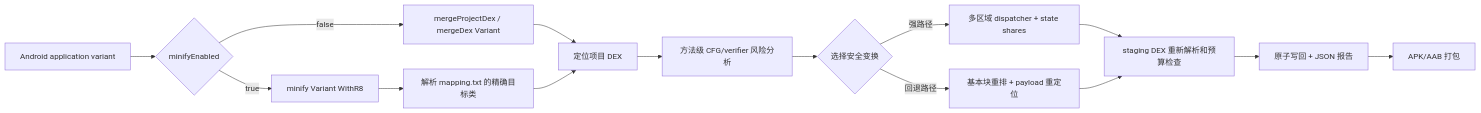
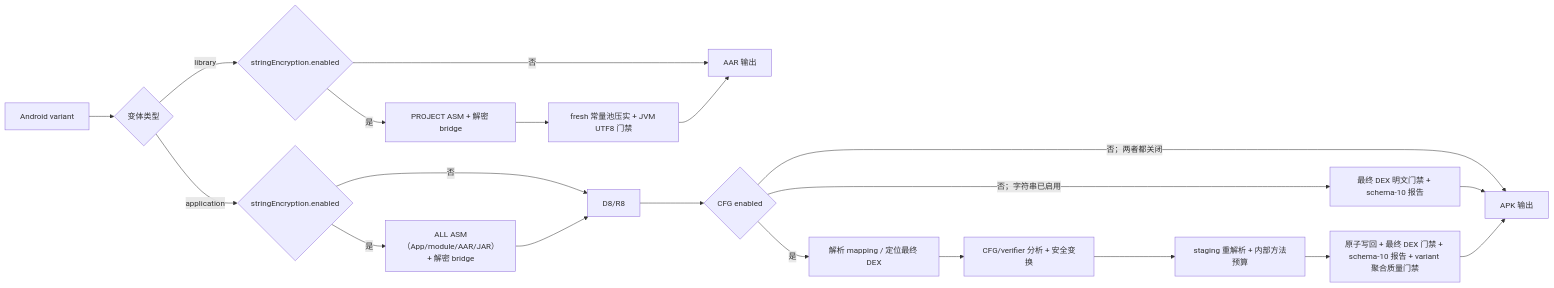
Before and after one commit to w296488320/DexCfgObfuscator: the diagram in doc/README_CN.md, drawn with Mermaid. The commit also changed other lines of this file and 58 other files, not shown here.

````diff
--- a/doc/README_CN.md
+++ b/doc/README_CN.md
@@ -176,17 +398,22 @@
 ```mermaid
 flowchart LR
-    A["Android application variant"] --> B{"minifyEnabled"}
-    B -->|false| C["mergeProjectDex / mergeDex Variant"]
-    B -->|true| D["minify Variant WithR8"]
-    D --> E["解析 mapping.txt 的精确目标类"]
-    C --> F["定位项目 DEX"]
-    E --> F
-    F --> G["方法级 CFG/verifier 风险分析"]
-    G --> H{"选择安全变换"}
-    H -->|强路径| I["多区域 dispatcher + state shares"]
-    H -->|回退路径| J["基本块重排 + payload 重定位"]
-    I --> K["staging DEX 重新解析和预算检查"]
-    J --> K
-    K --> L["原子写回 + JSON 报告"]
-    L --> M["APK/AAB 打包"]
+    A["Android variant"] --> V{"变体类型"}
+    V -->|library| LB{"stringEncryption.enabled"}
+    LB -->|否| LA["AAR 输出"]
+    LB -->|是| LC["PROJECT ASM + 解密 bridge"]
+    LC --> L["fresh 常量池压实 + JVM UTF8 门禁"]
+    L --> LA
+    V -->|application| AB{"stringEncryption.enabled"}
+    AB -->|是| C["ALL ASM（App/module/AAR/JAR）+ 解密 bridge"]
+    AB -->|否| E["D8/R8"]
+    C --> E
+    E --> F{"CFG enabled"}
+    F -->|否；字符串已启用| S["最终 DEX 明文门禁 + schema-10 报告"]
+    F -->|否；两者都关闭| G["APK 输出"]
+    S --> G
+    F -->|是| H["解析 mapping / 定位最终 DEX"]
+    H --> I["CFG/verifier 分析 + 安全变换"]
+    I --> J["staging 重解析 + 内部方法预算"]
+    J --> K["原子写回 + 最终 DEX 门禁 + schema-10 报告 + variant 聚合质量门禁"]
+    K --> G
 ```
````
